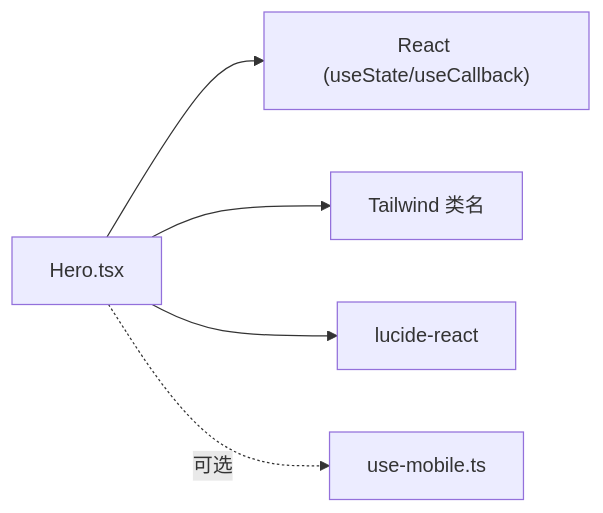
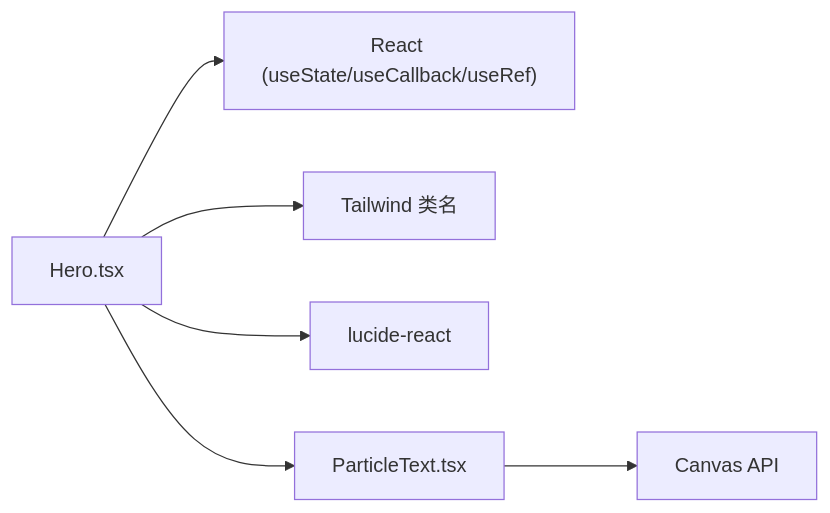
One commit to Primoguo/naolizhi.cn changed the fourth of 4 diagrams in .qoder/repowiki/zh/content/架构设计/组件架构/页面组件/Hero组件.md. Above: the diagram before and after it, drawn with Mermaid. The commit also changed other lines of this file and 73 other files, not shown here.

````diff
--- a/.qoder/repowiki/zh/content/架构设计/组件架构/页面组件/Hero组件.md
+++ b/.qoder/repowiki/zh/content/架构设计/组件架构/页面组件/Hero组件.md
@@ -365,7 +236,8 @@
 ```mermaid
 graph LR
-Hero["Hero.tsx"] --> React["React (useState/useCallback)"]
+Hero["Hero.tsx"] --> React["React (useState/useCallback/useRef)"]
 Hero --> Tailwind["Tailwind 类名"]
 Hero --> Icons["lucide-react"]
-Hero -.可选.-> Mobile["use-mobile.ts"]
+Hero --> ParticleText["ParticleText.tsx"]
+ParticleText --> Canvas["Canvas API"]
 ```
````
